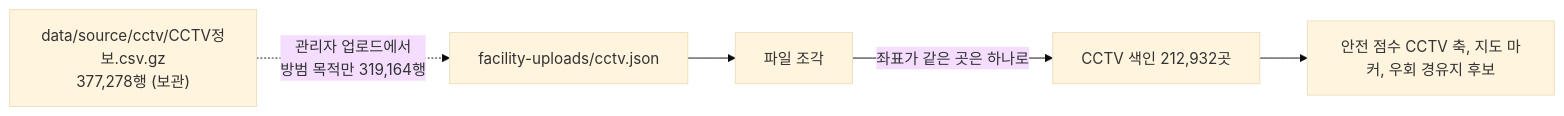
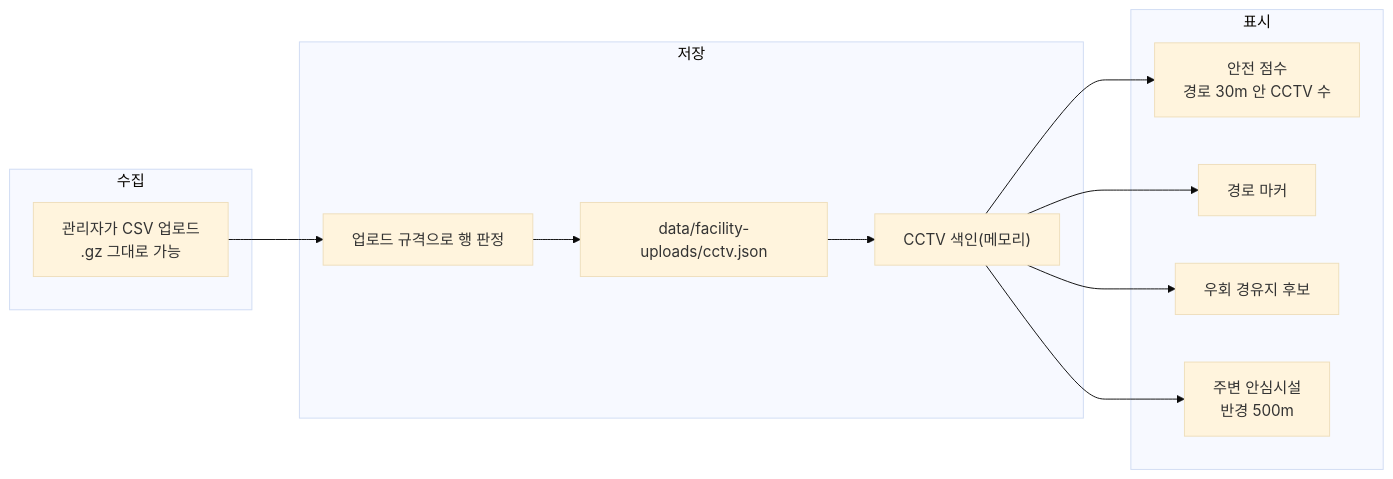
Before and after one commit to soo-ai-agent/bueongi-backend: the diagram in docs/safety-spots/cctv.md, drawn with Mermaid (base theme). The commit also changed other lines of this file and 7 other files, not shown here.

First line of the commit message:
docs(backend): 안심시설 문서 8개를 실제 CSV 필드와 수집-저장-표시 흐름 중심으로 다시 씀

````diff
--- a/docs/safety-spots/cctv.md
+++ b/docs/safety-spots/cctv.md
@@ -14,7 +47,21 @@
 ```mermaid
 flowchart LR
-    CSV["data/source/cctv/CCTV정보.csv.gz<br/>377,278행 (보관)"] -.->|"관리자 업로드에서<br/>방범 목적만 319,164행"| UP
-    UP["facility-uploads/cctv.json"] --> FILE["파일 조각"]
-    FILE -->|"좌표가 같은 곳은 하나로"| IDX["CCTV 색인 212,932곳"]
-    IDX --> USE["안전 점수 CCTV 축, 지도 마커, 우회 경유지 후보"]
+    subgraph 수집
+        A["관리자가 CSV 업로드<br/>.gz 그대로 가능"]
+    end
+    subgraph 저장
+        B["업로드 규격으로 행 판정"] --> C["data/facility-uploads/cctv.json"]
+        C --> D["CCTV 색인(메모리)"]
+    end
+    subgraph 표시
+        E1["안전 점수<br/>경로 30m 안 CCTV 수"]
+        E2["경로 마커"]
+        E3["우회 경유지 후보"]
+        E4["주변 안심시설<br/>반경 500m"]
+    end
+    A --> B
+    D --> E1
+    D --> E2
+    D --> E3
+    D --> E4
 ```
````
